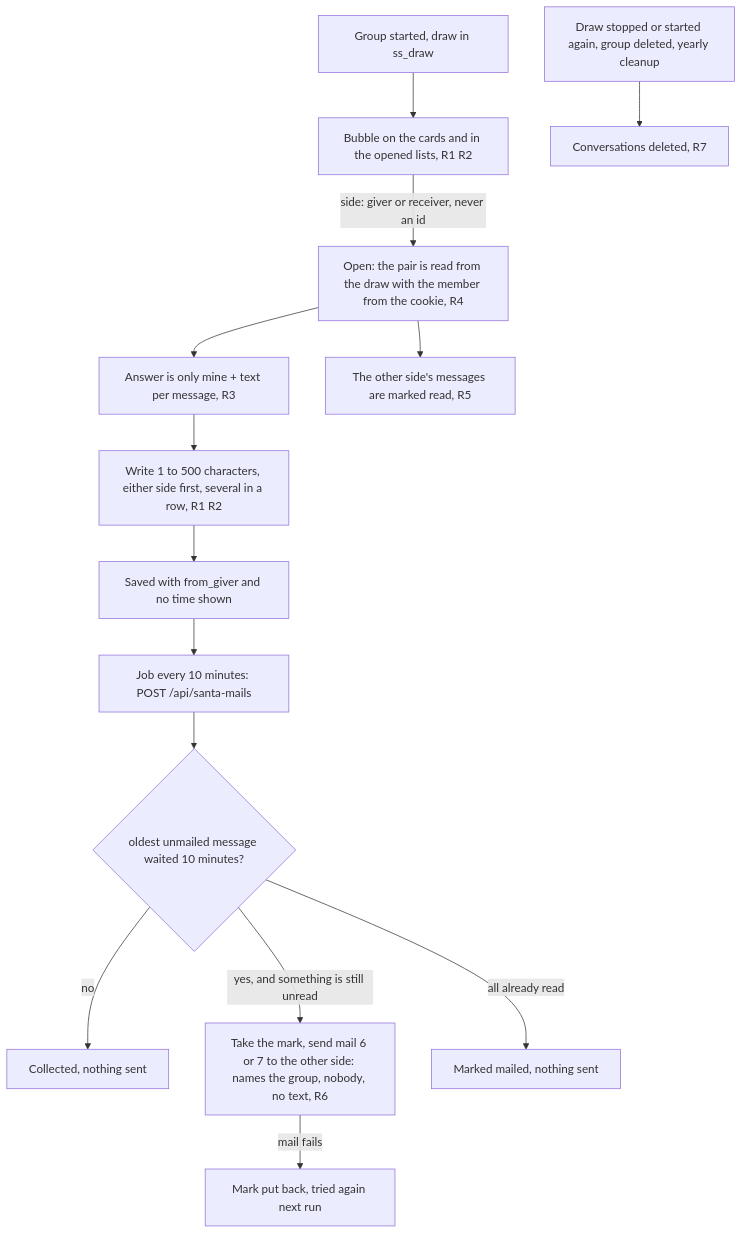
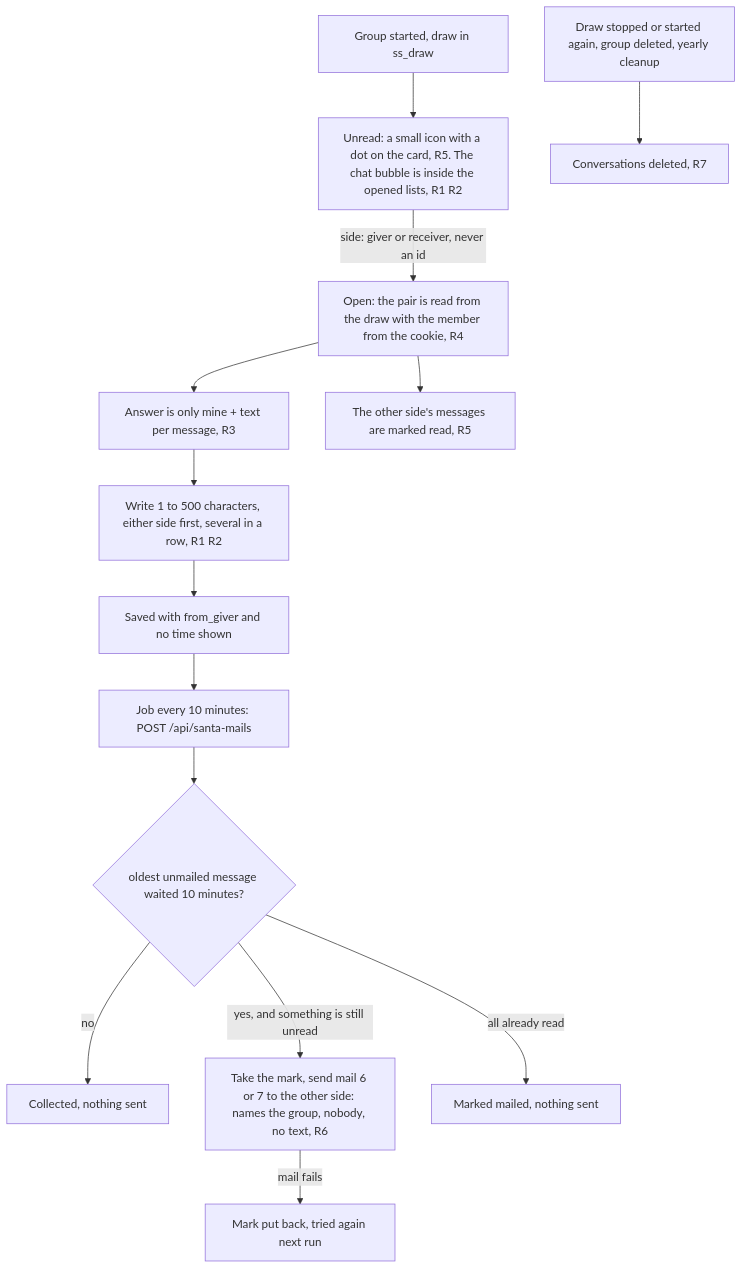
Before and after one commit to gustavnymoen/Muppbarnen: the diagram in specs/MUPP-043-secret-santa-questions/flow.mmd, drawn with Mermaid. The commit also changed 8 other files, not shown here.

Commit message:
MUPP-043: cards show only a notice icon, the chat opens inside the lists

```diff
--- a/specs/MUPP-043-secret-santa-questions/flow.mmd
+++ b/specs/MUPP-043-secret-santa-questions/flow.mmd
@@ -1,16 +1,16 @@
 %% MUPP-043 Secret Santa: anonymous chat
 %% How a giver and their receiver talk without the receiver learning who the giver is, and how a message reaches the other side by mail.
 flowchart TD
-    S[Group started, draw in ss_draw] --> B[Bubble on the cards and in the opened lists, R1 R2]
+    S[Group started, draw in ss_draw] --> B[Unread: a small icon with a dot on the card, R5. The chat bubble is inside the opened lists, R1 R2]
     B -->|side: giver or receiver, never an id| O[Open: the pair is read from the draw with the member from the cookie, R4]
     O --> L[Answer is only mine + text per message, R3]
     O --> U[The other side's messages are marked read, R5]
     L --> W[Write 1 to 500 characters, either side first, several in a row, R1 R2]
     W --> I[Saved with from_giver and no time shown]
     I --> J[Job every 10 minutes: POST /api/santa-mails]
     J --> C{oldest unmailed message waited 10 minutes?}
     C -->|no| Z[Collected, nothing sent]
     C -->|yes, and something is still unread| M[Take the mark, send mail 6 or 7 to the other side: names the group, nobody, no text, R6]
     C -->|all already read| N[Marked mailed, nothing sent]
     M -->|mail fails| R[Mark put back, tried again next run]
     X[Draw stopped or started again, group deleted, yearly cleanup] --> G[Conversations deleted, R7]
```
